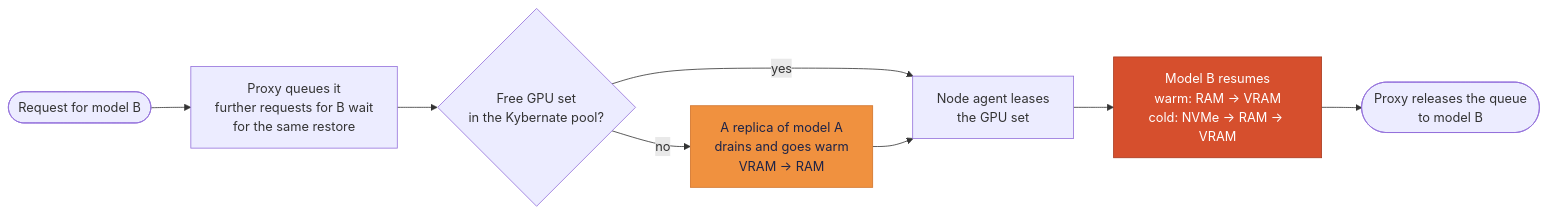
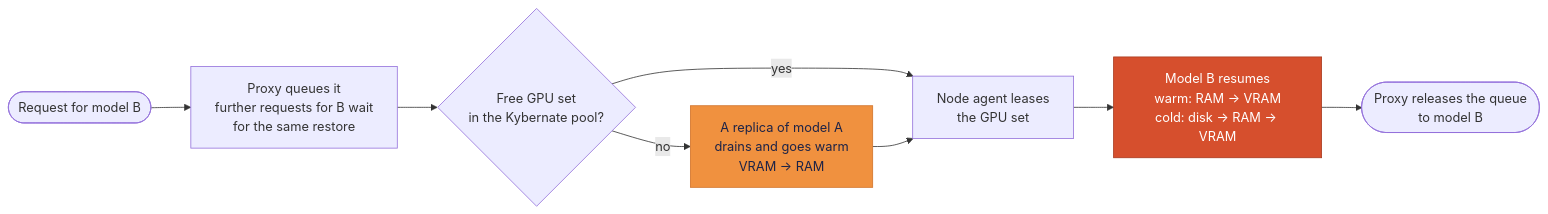
One commit to kybernate/kybernate changed the second of 2 diagrams in README.md. Above: the diagram before and after it, drawn with Mermaid. The commit also changed other lines of this file and 8 other files, not shown here.

````diff
--- a/README.md
+++ b/README.md
@@ -133,15 +133,15 @@
 ```mermaid
 flowchart LR
     request(["Request for model B"]) --> queue["Proxy queues it<br/>further requests for B wait<br/>for the same restore"]
     queue --> free{"Free GPU set<br/>in the Kybernate pool?"}
     free -->|yes| lease["Node agent leases<br/>the GPU set"]
     free -->|no| room["A replica of model A<br/>drains and goes warm<br/>VRAM → RAM"]
     room --> lease
-    lease --> resume["Model B resumes<br/>warm: RAM → VRAM<br/>cold: NVMe → RAM → VRAM"]
+    lease --> resume["Model B resumes<br/>warm: RAM → VRAM<br/>cold: disk → RAM → VRAM"]
     resume --> release(["Proxy releases the queue<br/>to model B"])
 
     classDef hot fill:#d64f2d,stroke:#a93a1e,color:#ffffff
     classDef warm fill:#f0913f,stroke:#d2732a,color:#1d2347
     class resume hot
     class room warm
 ```
````
